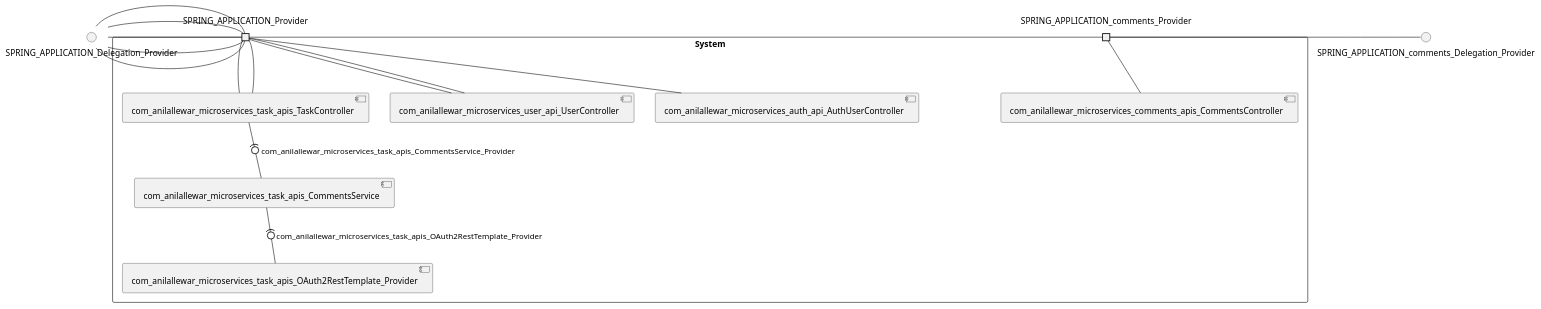
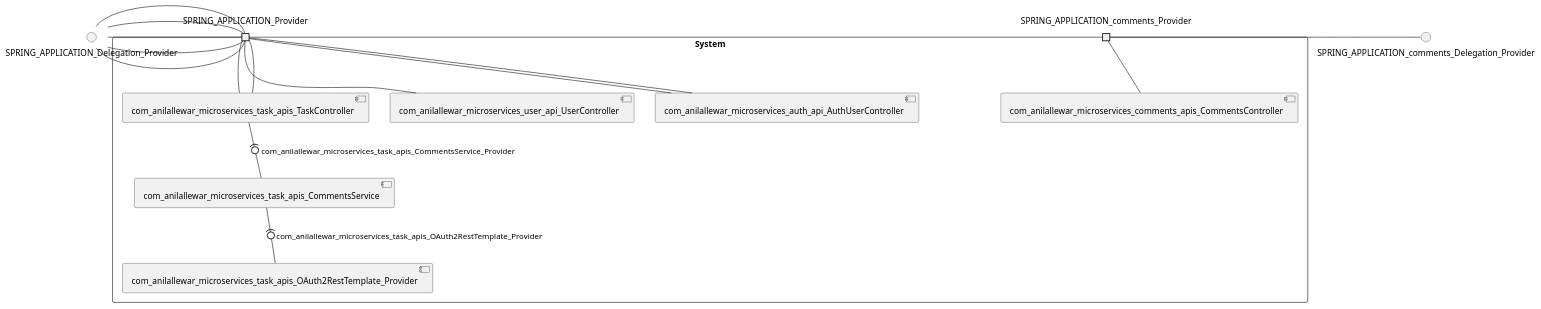
The diagram in anilallewar-microservices-basics-spring-boot/model_re/uml/systemDiagram.puml (View-Based-Reverse-Engineering/Retriever-Benchmark), drawn with PlantUML before and after one commit. The commit also changed 25 other files, not shown here.

```diff
--- a/anilallewar-microservices-basics-spring-boot/model_re/uml/systemDiagram.puml
+++ b/anilallewar-microservices-basics-spring-boot/model_re/uml/systemDiagram.puml
@@ -1,35 +1,35 @@
 @startuml
 skinparam fixCircleLabelOverlapping true
 skinparam componentStyle uml2
 () SPRING_APPLICATION_Delegation_Provider
 () SPRING_APPLICATION_comments_Delegation_Provider
 rectangle System {
-[com_anilallewar_microservices_auth_api_AuthUserController] [[anilallewar-microservices-basics-spring-boot.repository#_Va2WIMBFEe60QOuPfvjMZA]]
-[com_anilallewar_microservices_comments_apis_CommentsController] [[anilallewar-microservices-basics-spring-boot.repository#_Va2WIMBFEe60QOuPfvjMZA]]
-[com_anilallewar_microservices_task_apis_CommentsService] [[anilallewar-microservices-basics-spring-boot.repository#_Va2WIMBFEe60QOuPfvjMZA]]
-[com_anilallewar_microservices_task_apis_OAuth2RestTemplate_Provider] [[anilallewar-microservices-basics-spring-boot.repository#_Va2WIMBFEe60QOuPfvjMZA]]
-[com_anilallewar_microservices_task_apis_TaskController] [[anilallewar-microservices-basics-spring-boot.repository#_Va2WIMBFEe60QOuPfvjMZA]]
-[com_anilallewar_microservices_user_api_UserController] [[anilallewar-microservices-basics-spring-boot.repository#_Va2WIMBFEe60QOuPfvjMZA]]
+[com_anilallewar_microservices_auth_api_AuthUserController] [[anilallewar-microservices-basics-spring-boot.repository#_s6GI-sFwEe6q_64JQbqU-Q]]
+[com_anilallewar_microservices_comments_apis_CommentsController] [[anilallewar-microservices-basics-spring-boot.repository#_s6GI-sFwEe6q_64JQbqU-Q]]
+[com_anilallewar_microservices_task_apis_CommentsService] [[anilallewar-microservices-basics-spring-boot.repository#_s6GI-sFwEe6q_64JQbqU-Q]]
+[com_anilallewar_microservices_task_apis_OAuth2RestTemplate_Provider] [[anilallewar-microservices-basics-spring-boot.repository#_s6GI-sFwEe6q_64JQbqU-Q]]
+[com_anilallewar_microservices_task_apis_TaskController] [[anilallewar-microservices-basics-spring-boot.repository#_s6GI-sFwEe6q_64JQbqU-Q]]
+[com_anilallewar_microservices_user_api_UserController] [[anilallewar-microservices-basics-spring-boot.repository#_s6GI-sFwEe6q_64JQbqU-Q]]
 port SPRING_APPLICATION_Provider
 SPRING_APPLICATION_Delegation_Provider - SPRING_APPLICATION_Provider
 SPRING_APPLICATION_Provider - [com_anilallewar_microservices_task_apis_TaskController]
 port SPRING_APPLICATION_Provider
 SPRING_APPLICATION_Delegation_Provider - SPRING_APPLICATION_Provider
 SPRING_APPLICATION_Provider - [com_anilallewar_microservices_user_api_UserController]
 port SPRING_APPLICATION_Provider
 SPRING_APPLICATION_Delegation_Provider - SPRING_APPLICATION_Provider
-SPRING_APPLICATION_Provider - [com_anilallewar_microservices_user_api_UserController]
+SPRING_APPLICATION_Provider - [com_anilallewar_microservices_auth_api_AuthUserController]
 port SPRING_APPLICATION_Provider
 SPRING_APPLICATION_Delegation_Provider - SPRING_APPLICATION_Provider
 SPRING_APPLICATION_Provider - [com_anilallewar_microservices_task_apis_TaskController]
 port SPRING_APPLICATION_Provider
 SPRING_APPLICATION_Delegation_Provider - SPRING_APPLICATION_Provider
 SPRING_APPLICATION_Provider - [com_anilallewar_microservices_auth_api_AuthUserController]
 port SPRING_APPLICATION_comments_Provider
 SPRING_APPLICATION_comments_Delegation_Provider - SPRING_APPLICATION_comments_Provider
 SPRING_APPLICATION_comments_Provider - [com_anilallewar_microservices_comments_apis_CommentsController]
 [com_anilallewar_microservices_task_apis_TaskController] -(0- [com_anilallewar_microservices_task_apis_CommentsService] : com_anilallewar_microservices_task_apis_CommentsService_Provider
 [com_anilallewar_microservices_task_apis_CommentsService] -(0- [com_anilallewar_microservices_task_apis_OAuth2RestTemplate_Provider] : com_anilallewar_microservices_task_apis_OAuth2RestTemplate_Provider
 }
 
 @enduml
```
